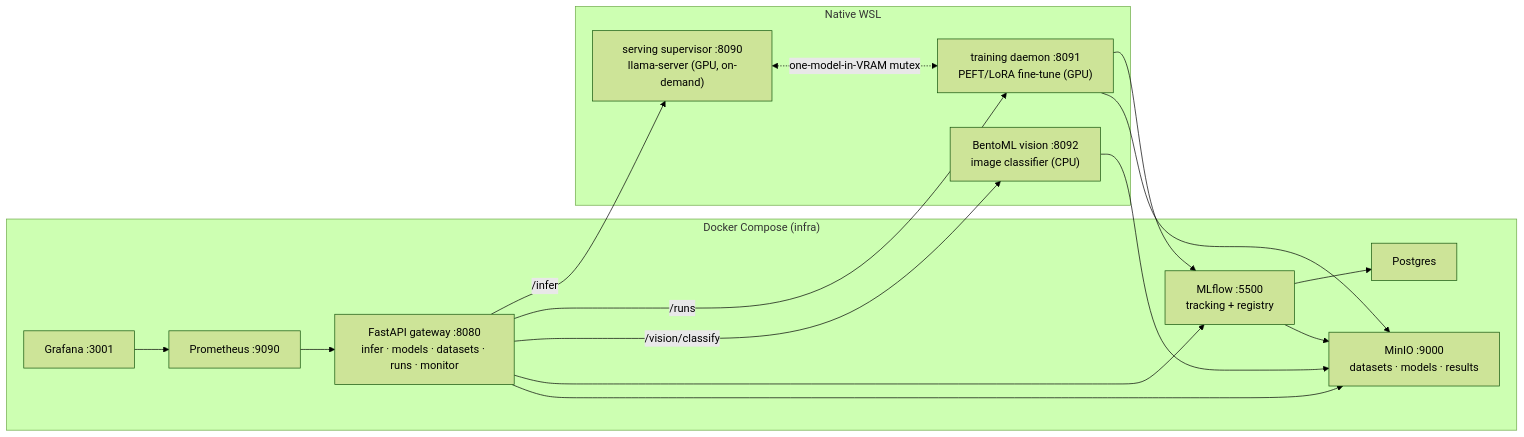
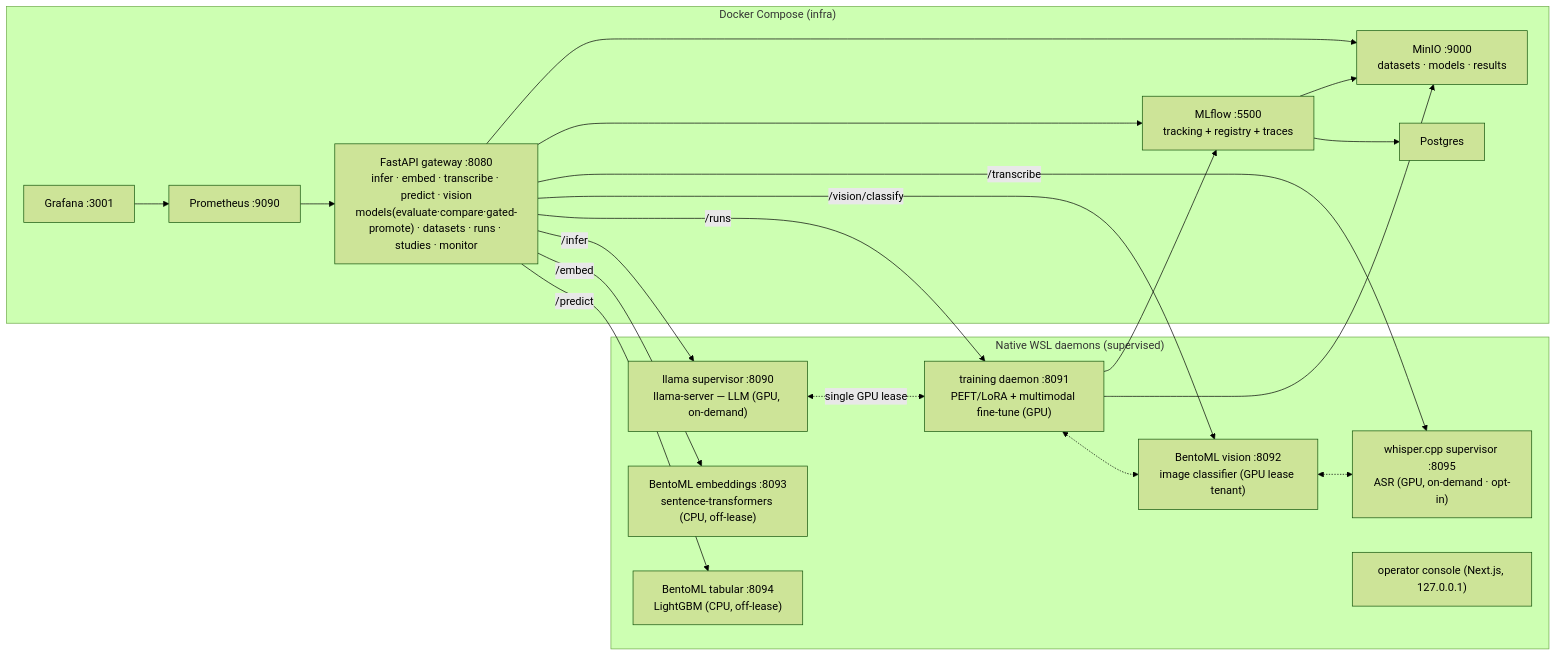
The diagram in README.md (kurtvalcorza/mlops-lite), drawn with Mermaid (forest theme) before and after one commit. The commit also changed other lines of this file and 2 other files, not shown here.

````diff
--- a/README.md
+++ b/README.md
@@ -20,29 +25,37 @@
 ```mermaid
 flowchart LR
   subgraph Compose["Docker Compose (infra)"]
-    GW["FastAPI gateway :8080<br/>infer · models · datasets · runs · monitor"]
-    MLF["MLflow :5500<br/>tracking + registry"]
+    GW["FastAPI gateway :8080<br/>infer · embed · transcribe · predict · vision<br/>models(evaluate·compare·gated-promote) · datasets · runs · studies · monitor"]
+    MLF["MLflow :5500<br/>tracking + registry + traces"]
     MIN["MinIO :9000<br/>datasets · models · results"]
     PG["Postgres"]
     PR["Prometheus :9090"]
     GR["Grafana :3001"]
   end
-  subgraph WSL["Native WSL"]
-    SUP["serving supervisor :8090<br/>llama-server (GPU, on-demand)"]
-    TR["training daemon :8091<br/>PEFT/LoRA fine-tune (GPU)"]
-    BN["BentoML vision :8092<br/>image classifier (CPU)"]
+  subgraph WSL["Native WSL daemons (supervised)"]
+    SUP["llama supervisor :8090<br/>llama-server — LLM (GPU, on-demand)"]
+    TR["training daemon :8091<br/>PEFT/LoRA + multimodal fine-tune (GPU)"]
+    BN["BentoML vision :8092<br/>image classifier (GPU lease tenant)"]
+    EM["BentoML embeddings :8093<br/>sentence-transformers (CPU, off-lease)"]
+    TB["BentoML tabular :8094<br/>LightGBM (CPU, off-lease)"]
+    AS["whisper.cpp supervisor :8095<br/>ASR (GPU, on-demand · opt-in)"]
+    UI["operator console (Next.js, 127.0.0.1)"]
   end
   GW -->|/infer| SUP
   GW -->|/runs| TR
   GW -->|/vision/classify| BN
+  GW -->|/embed| EM
+  GW -->|/predict| TB
+  GW -->|/transcribe| AS
   GW --> MLF
   GW --> MIN
   MLF --> PG
   MLF --> MIN
   TR --> MLF
   TR --> MIN
-  BN --> MIN
-  SUP <-.->|one-model-in-VRAM mutex| TR
+  SUP <-.->|single GPU lease| TR
+  TR <-.-> BN
+  BN <-.-> AS
   PR --> GW
   GR --> PR
 ```
````
